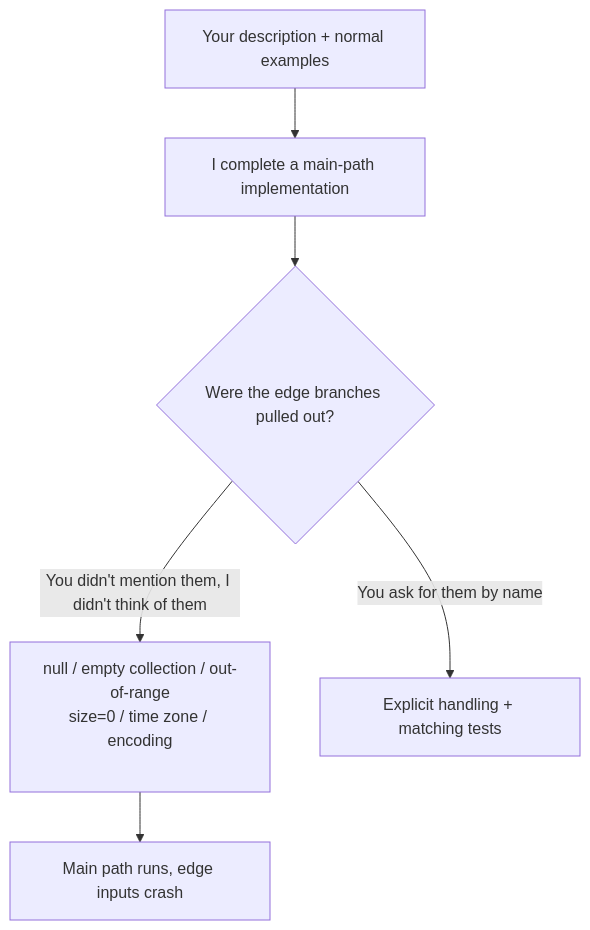
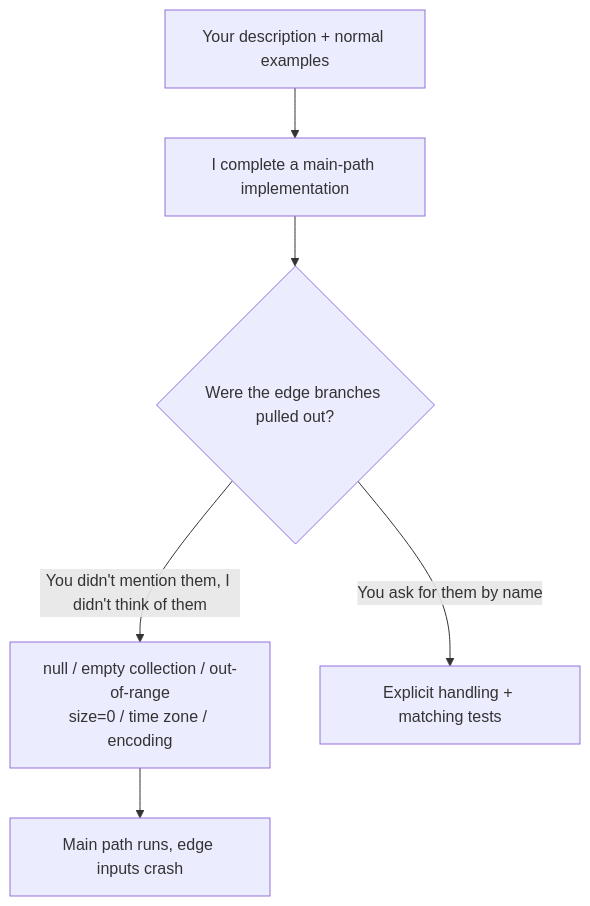
Before and after one commit to XuebinMa/AIWiki: the diagram in i18n/en/docusaurus-plugin-content-docs/current/04-detailed-design/missing-edge-cases.mdx, drawn with Mermaid. The commit also changed 99 other files, not shown here.

First line of the commit message:
fix(mermaid): 全局根治节点文字裁切（htmlLabels:false + 清理 br/nbsp 占位）(#26)

````diff
--- a/i18n/en/docusaurus-plugin-content-docs/current/04-detailed-design/missing-edge-cases.mdx
+++ b/i18n/en/docusaurus-plugin-content-docs/current/04-detailed-design/missing-edge-cases.mdx
@@ -38,8 +38,8 @@
 ```mermaid
 flowchart TD
     A[Your description + normal examples] --> B[I complete a main-path implementation]
     B --> C{Were the edge branches pulled out?}
-    C -->|You didn't mention them, I didn't think of them| D["null / empty collection / out-of-range<br/>size=0 / time zone / encoding<br/>&nbsp;"]
+    C -->|You didn't mention them, I didn't think of them| D["null / empty collection / out-of-range<br/>size=0 / time zone / encoding"]
     C -->|You ask for them by name| E[Explicit handling + matching tests]
     D --> F[Main path runs, edge inputs crash]
 ```
````
